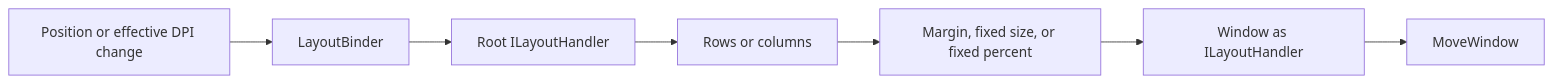
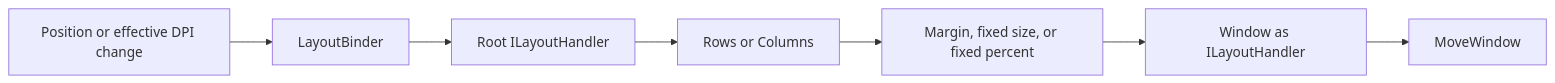
Before and after one commit to JeremyKuhne/thirtytwo: the diagram in docs/layout-engine-evaluation.md, drawn with Mermaid.

Commit message:
Capitalize Columns in layout diagram

````diff
--- a/docs/layout-engine-evaluation.md
+++ b/docs/layout-engine-evaluation.md
@@ -59,9 +59,9 @@
 ```mermaid
 flowchart LR
     Message[Position or effective DPI change] --> Binder[LayoutBinder]
     Binder --> Root[Root ILayoutHandler]
-    Root --> Split[Rows or columns]
+    Root --> Split[Rows or Columns]
     Split --> Transform[Margin, fixed size, or fixed percent]
     Transform --> Leaf[Window as ILayoutHandler]
     Leaf --> Move[MoveWindow]
 ```
````
